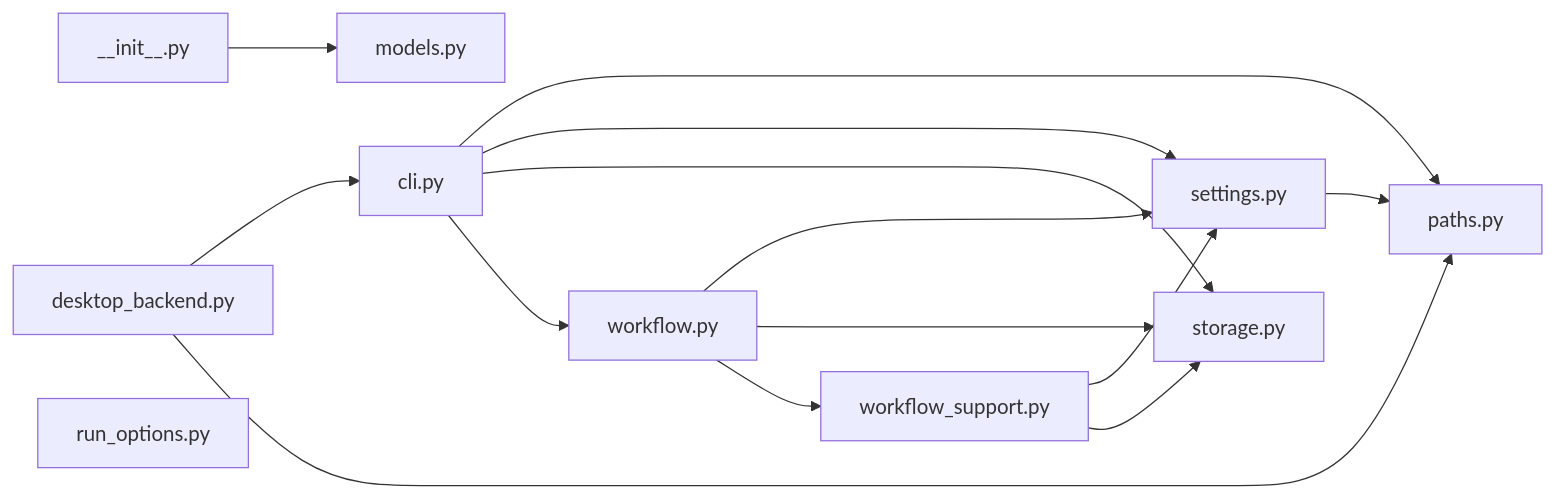
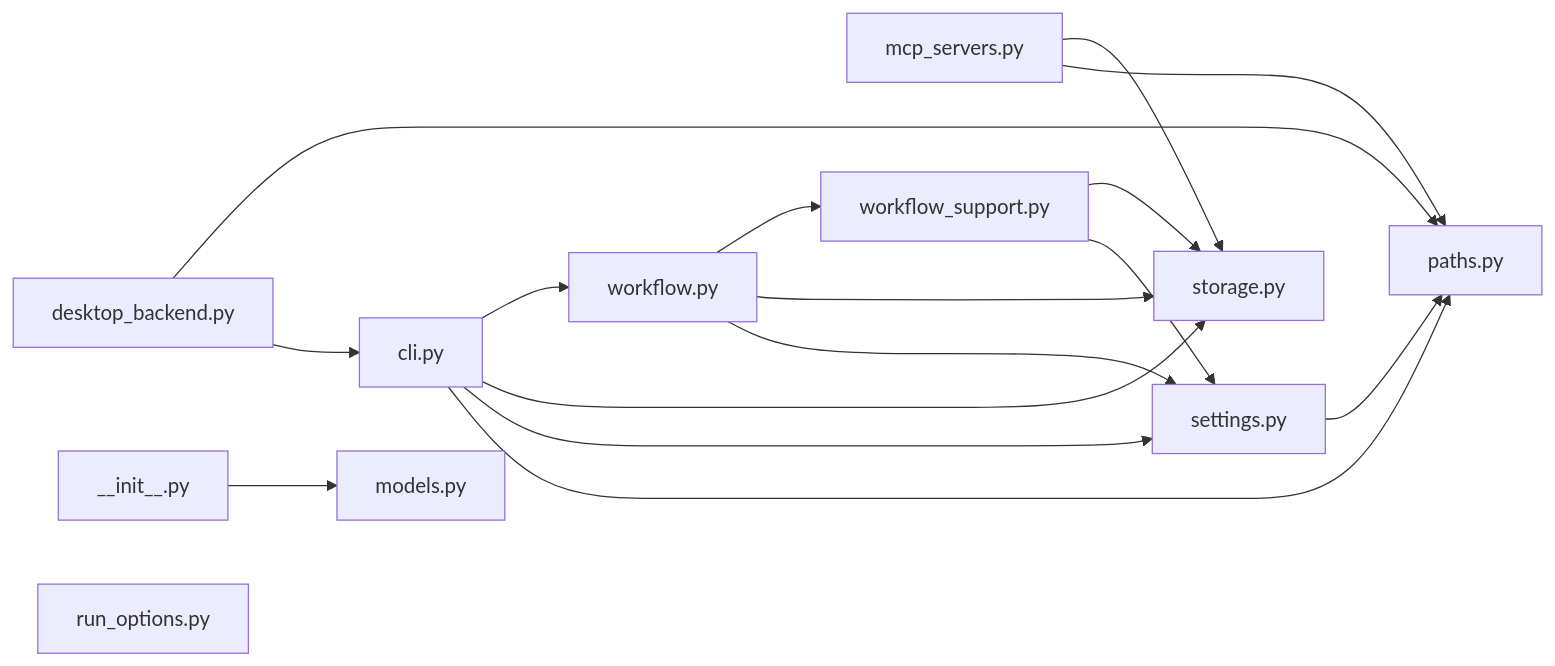
One commit to sarveshtalele/maf-harness-testing changed the fourth of 21 diagrams in docs/ARCHITECTURE_MAP.md. Above: the diagram before and after it, drawn with Mermaid. The commit also changed other lines of this file and 3 other files, not shown here.

Commit message:
feat(mcp): docs, tests, architecture map

````diff
--- a/docs/ARCHITECTURE_MAP.md
+++ b/docs/ARCHITECTURE_MAP.md
@@ -170,26 +170,29 @@
 ```mermaid
 flowchart LR
   f0["__init__.py"]
   f1["cli.py"]
   f2["desktop_backend.py"]
-  f3["models.py"]
-  f4["paths.py"]
-  f5["run_options.py"]
-  f6["settings.py"]
-  f7["storage.py"]
-  f8["workflow.py"]
-  f9["workflow_support.py"]
-  f0 --> f3
-  f1 --> f4
-  f1 --> f6
+  f3["mcp_servers.py"]
+  f4["models.py"]
+  f5["paths.py"]
+  f6["run_options.py"]
+  f7["settings.py"]
+  f8["storage.py"]
+  f9["workflow.py"]
+  f10["workflow_support.py"]
+  f0 --> f4
+  f1 --> f5
   f1 --> f7
   f1 --> f8
+  f1 --> f9
   f2 --> f1
-  f2 --> f4
-  f6 --> f4
-  f8 --> f6
-  f8 --> f7
-  f8 --> f9
-  f9 --> f6
+  f2 --> f5
+  f3 --> f5
+  f3 --> f8
+  f7 --> f5
   f9 --> f7
+  f9 --> f8
+  f9 --> f10
+  f10 --> f7
+  f10 --> f8
 ```
````
